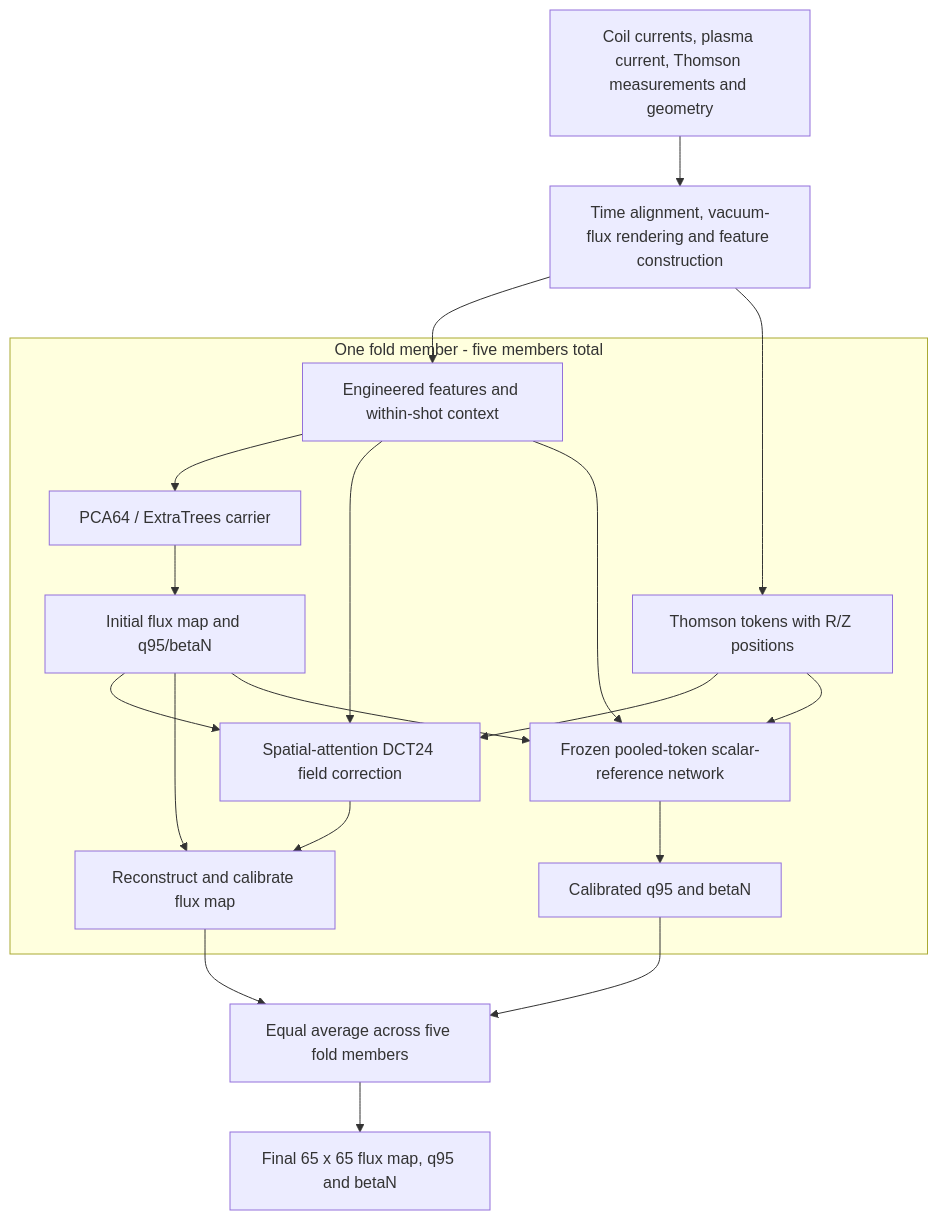
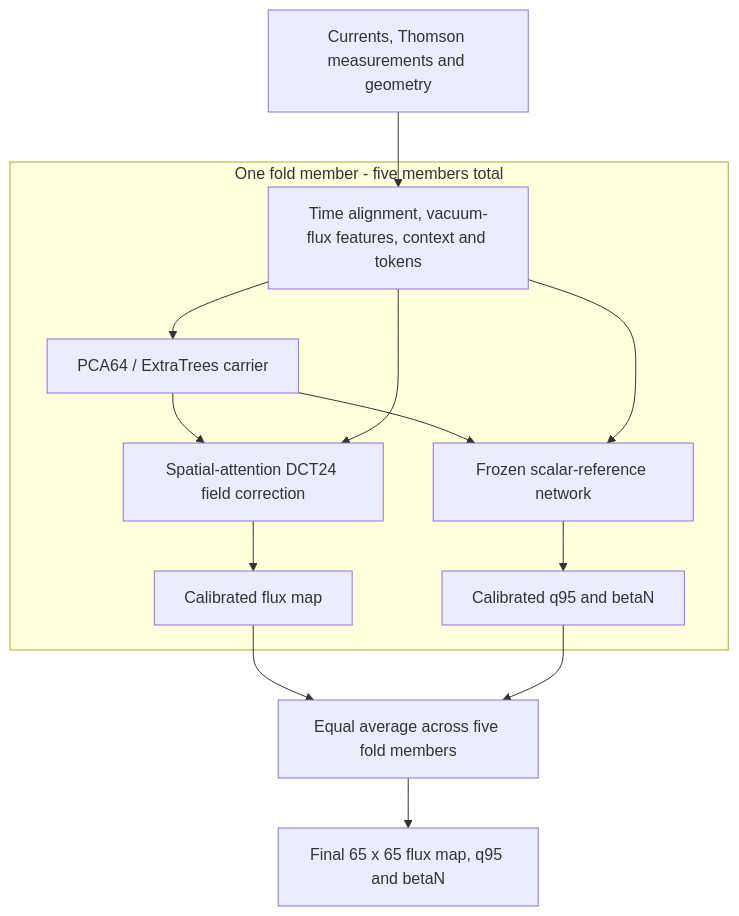
One commit to glorenz1/fusion-equilibrium-challenge-2026 changed the diagram in README.md. Above: the diagram before and after it, drawn with Mermaid. The commit also changed other lines of this file, not shown here.

````diff
--- a/README.md
+++ b/README.md
@@ -52,23 +34,17 @@
 ```mermaid
 flowchart TD
-    A["Coil currents, plasma current, Thomson measurements and geometry"]
-    A --> B["Time alignment, vacuum-flux rendering and feature construction"]
-    B --> C["Engineered features and within-shot context"]
-    B --> T["Thomson tokens with R/Z positions"]
+    A["Currents, Thomson measurements and geometry"]
+    A --> B["Time alignment, vacuum-flux features, context and tokens"]
     subgraph F["One fold member - five members total"]
-        C --> D["PCA64 / ExtraTrees carrier"]
-        D --> P["Initial flux map and q95/betaN"]
-        C --> N["Spatial-attention DCT24 field correction"]
-        T --> N
-        P --> N
-        N --> G["Reconstruct and calibrate flux map"]
-        P --> G
-        C --> S["Frozen pooled-token scalar-reference network"]
-        T --> S
-        P --> S
+        B --> C["PCA64 / ExtraTrees carrier"]
+        C --> D["Spatial-attention DCT24 field correction"]
+        B --> D
+        C --> S["Frozen scalar-reference network"]
+        B --> S
+        D --> G["Calibrated flux map"]
         S --> Q["Calibrated q95 and betaN"]
     end
     G --> E["Equal average across five fold members"]
     Q --> E
     E --> O["Final 65 x 65 flux map, q95 and betaN"]
 ```
````
